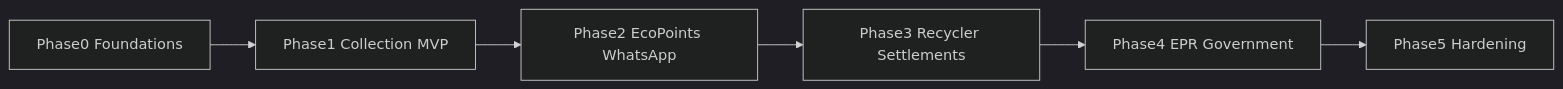
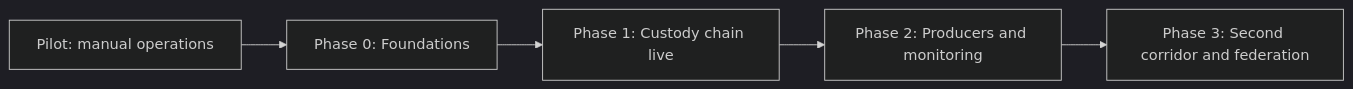
The diagram in docs/prd/13-roadmap.md (bharani-01/Yesist), drawn with Mermaid (dark theme) before and after one commit. The commit also changed other lines of this file and 16 other files, not shown here.

First line of the commit message:
docs(prd): strengthen EcoSure PRD to v2 for government pilot

````diff
--- a/docs/prd/13-roadmap.md
+++ b/docs/prd/13-roadmap.md
@@ -14,10 +11,7 @@
 ```mermaid
 flowchart LR
-  P0[Phase0 Foundations]
-  P1[Phase1 Collection MVP]
-  P2[Phase2 EcoPoints WhatsApp]
-  P3[Phase3 Recycler Settlements]
-  P4[Phase4 EPR Government]
-  P5[Phase5 Hardening]
-  P0 --> P1 --> P2 --> P3 --> P4 --> P5
+  pilot[Pilot: manual operations] --> p0[Phase 0: Foundations]
+  p0 --> p1[Phase 1: Custody chain live]
+  p1 --> p2[Phase 2: Producers and monitoring]
+  p2 --> p3[Phase 3: Second corridor and federation]
 ```
````
